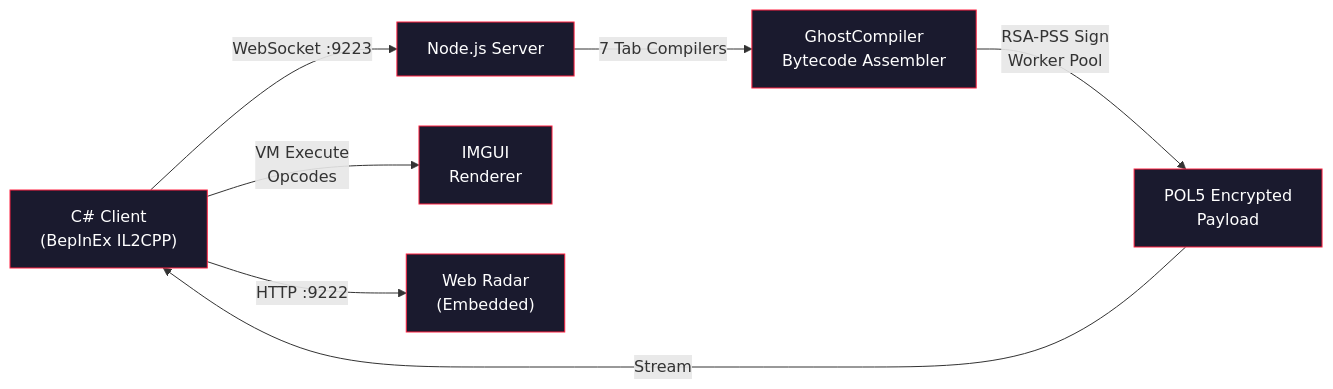
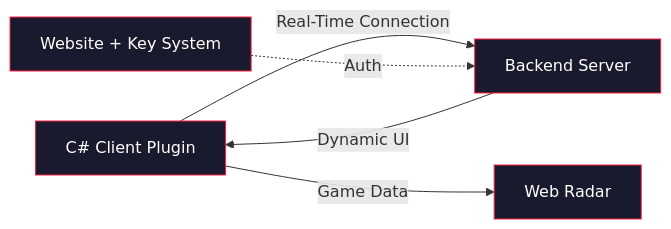
The diagram in README.md (lukedennyel/lukedennyel), drawn with Mermaid before and after one commit. The commit also changed other lines of this file, not shown here.

````diff
--- a/README.md
+++ b/README.md
@@ -67,15 +64,11 @@
 ```mermaid
 graph LR
-    A["C# Client<br/>(BepInEx IL2CPP)"] -- "WebSocket :9223" --> B["Node.js Server"]
-    B -- "7 Tab Compilers" --> C["GhostCompiler<br/>Bytecode Assembler"]
-    C -- "RSA-PSS Sign<br/>Worker Pool" --> D["POL5 Encrypted<br/>Payload"]
-    D -- "Stream" --> A
-    A -- "VM Execute<br/>Opcodes" --> E["IMGUI<br/>Renderer"]
-    A -- "HTTP :9222" --> F["Web Radar<br/>(Embedded)"]
+    A["C# Client Plugin"] -- "Real-Time Connection" --> B["Backend Server"]
+    B -- "Dynamic UI" --> A
+    A -- "Game Data" --> C["Web Radar"]
+    D["Website + Key System"] -. "Auth" .-> B
     style A fill:#1a1a2e,stroke:#FF2140,color:#fff
     style B fill:#1a1a2e,stroke:#FF2140,color:#fff
     style C fill:#1a1a2e,stroke:#FF2140,color:#fff
     style D fill:#1a1a2e,stroke:#FF2140,color:#fff
-    style E fill:#1a1a2e,stroke:#FF2140,color:#fff
-    style F fill:#1a1a2e,stroke:#FF2140,color:#fff
 ```
````
